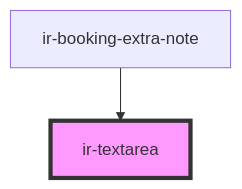
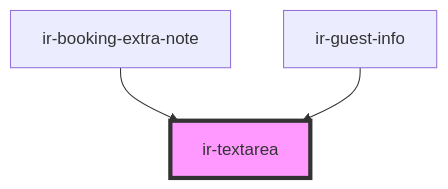
The diagram in src/components/ir-textarea/readme.md (RonyRizk/ir-webcmp), drawn with Mermaid before and after one commit. The commit also changed other lines of this file and 88 other files, not shown here.

````diff
--- a/src/components/ir-textarea/readme.md
+++ b/src/components/ir-textarea/readme.md
@@ -36,5 +39,6 @@
 ```mermaid
 graph TD;
   ir-booking-extra-note --> ir-textarea
+  ir-guest-info --> ir-textarea
   style ir-textarea fill:#f9f,stroke:#333,stroke-width:4px
 ```
````
